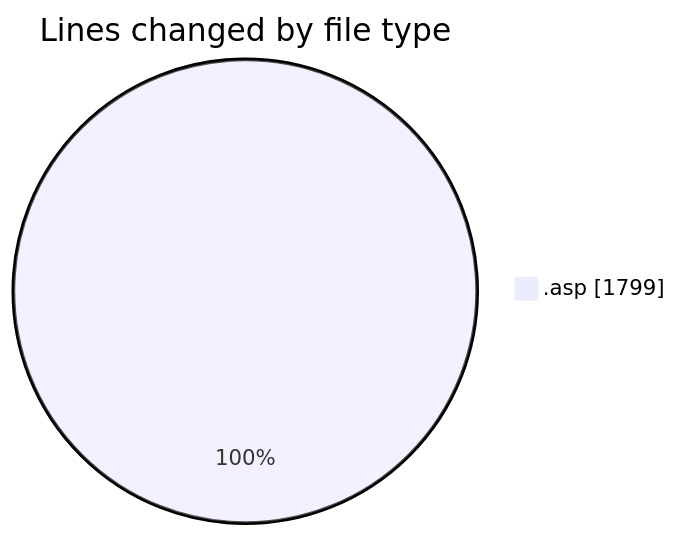
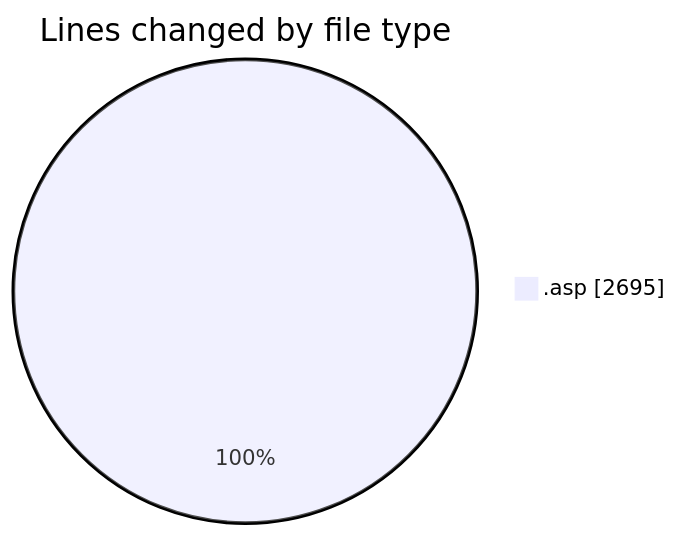
Before and after one commit to julien-gomy/code-tracking: the first of 2 diagrams in 2025-10-15/usr_aleoudev_fr__workspace_/README.md, drawn with Mermaid. The commit also changed other lines of this file and 1 other file, not shown here.

````diff
--- a/2025-10-15/usr_aleoudev_fr__workspace_/README.md
+++ b/2025-10-15/usr_aleoudev_fr__workspace_/README.md
@@ -20,5 +21,5 @@
 ```mermaid
 pie showData
 title Lines changed by file type
-".asp" : 1799
+".asp" : 2695
 ```
````
